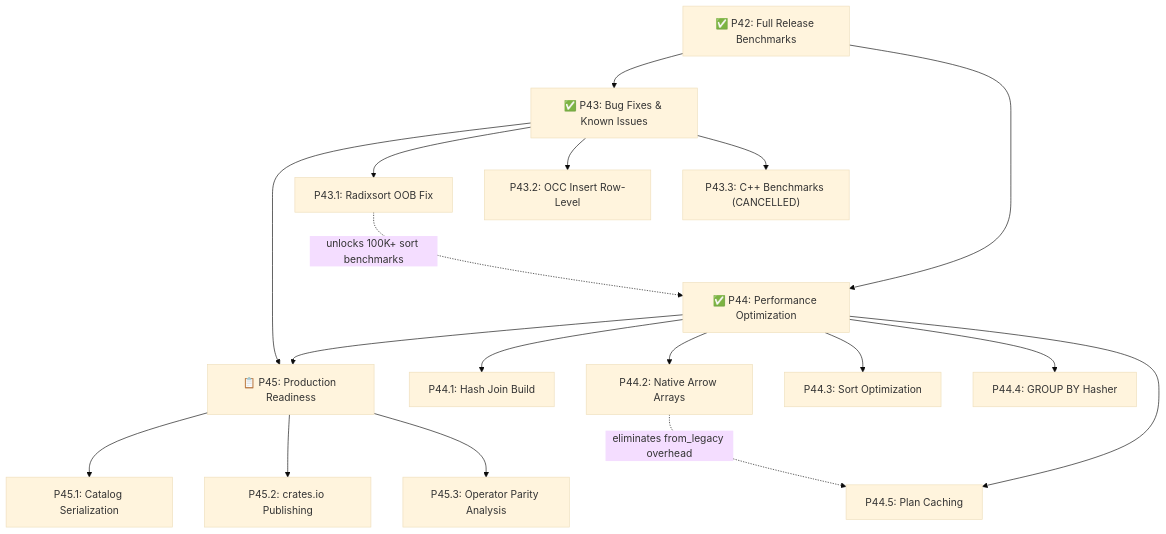
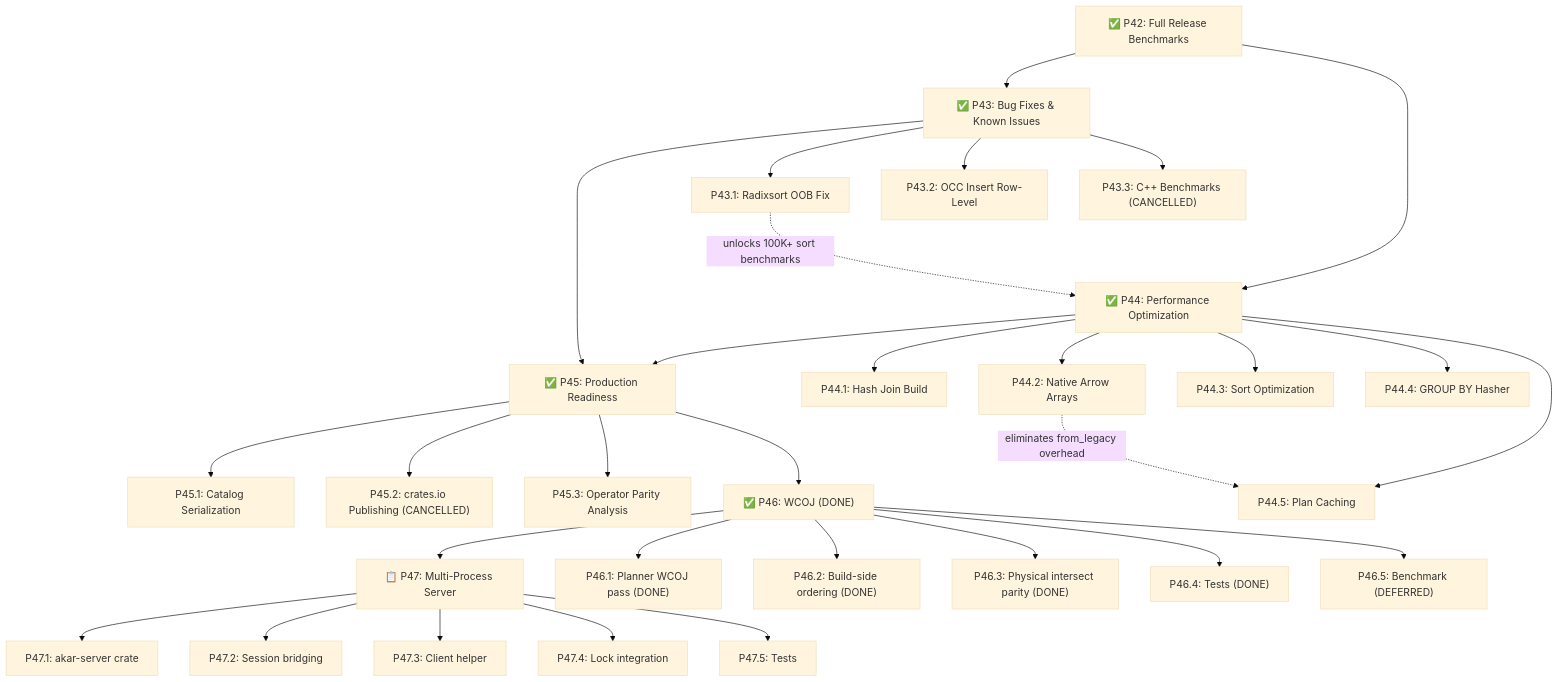
Before and after one commit to mlengse/akar: the diagram in akar-core/implementation_plan.md, drawn with Mermaid (base theme). The commit also changed other lines of this file and 52 other files, not shown here.

First line of the commit message:
feat: implement WCOJ planner enumeration and embedded server mode (P46, P47)

````diff
--- a/akar-core/implementation_plan.md
+++ b/akar-core/implementation_plan.md
@@ -335,24 +184,39 @@
 ```mermaid
 graph TD
     P42["✅ P42: Full Release Benchmarks"] --> P43["✅ P43: Bug Fixes & Known Issues"]
     P42 --> P44["✅ P44: Performance Optimization"]
-    P43 --> P45["📋 P45: Production Readiness"]
+    P43 --> P45["✅ P45: Production Readiness"]
     P44 --> P45
 
     P43 --> P43_1["P43.1: Radixsort OOB Fix"]
     P43 --> P43_2["P43.2: OCC Insert Row-Level"]
     P43 --> P43_3["P43.3: C++ Benchmarks (CANCELLED)"]
 
     P44 --> P44_1["P44.1: Hash Join Build"]
     P44 --> P44_2["P44.2: Native Arrow Arrays"]
     P44 --> P44_3["P44.3: Sort Optimization"]
     P44 --> P44_4["P44.4: GROUP BY Hasher"]
     P44 --> P44_5["P44.5: Plan Caching"]
 
     P45 --> P45_1["P45.1: Catalog Serialization"]
-    P45 --> P45_2["P45.2: crates.io Publishing"]
+    P45 --> P45_2["P45.2: crates.io Publishing (CANCELLED)"]
     P45 --> P45_3["P45.3: Operator Parity Analysis"]
+
+    P45 --> P46["✅ P46: WCOJ (DONE)"]
+    P46 --> P47["📋 P47: Multi-Process Server"]
+
+    P46 --> P46_1["P46.1: Planner WCOJ pass (DONE)"]
+    P46 --> P46_2["P46.2: Build-side ordering (DONE)"]
+    P46 --> P46_3["P46.3: Physical intersect parity (DONE)"]
+    P46 --> P46_4["P46.4: Tests (DONE)"]
+    P46 --> P46_5["P46.5: Benchmark (DEFERRED)"]
+
+    P47 --> P47_1["P47.1: akar-server crate"]
+    P47 --> P47_2["P47.2: Session bridging"]
+    P47 --> P47_3["P47.3: Client helper"]
+    P47 --> P47_4["P47.4: Lock integration"]
+    P47 --> P47_5["P47.5: Tests"]
 
     P43_1 -.->|"unlocks 100K+ sort benchmarks"| P44
     P44_2 -.->|"eliminates from_legacy overhead"| P44_5
 ```
````
